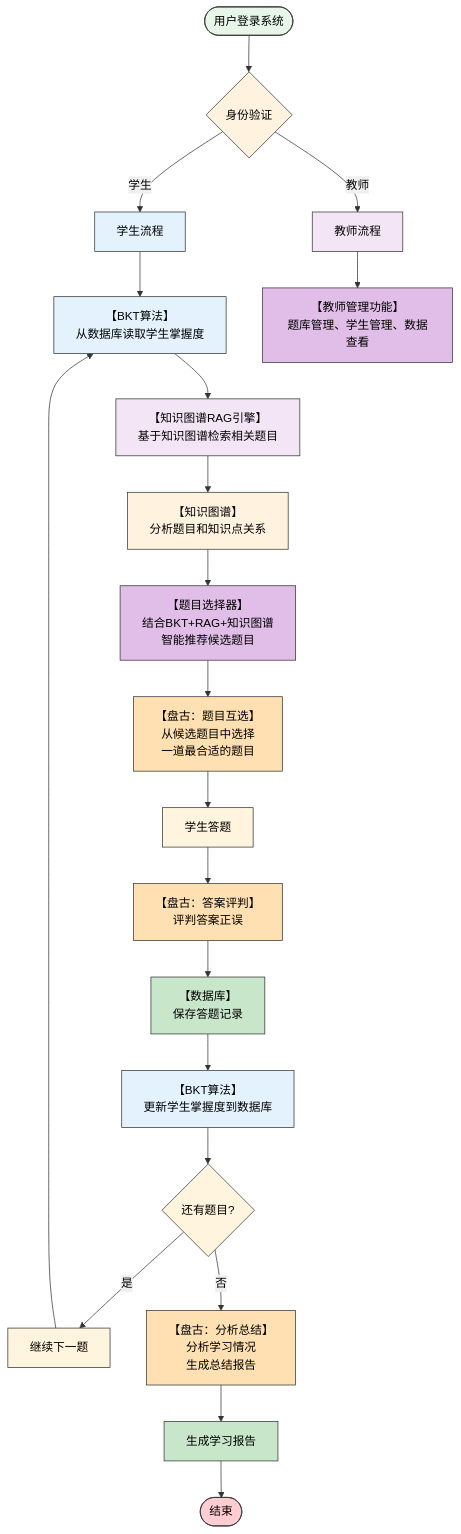
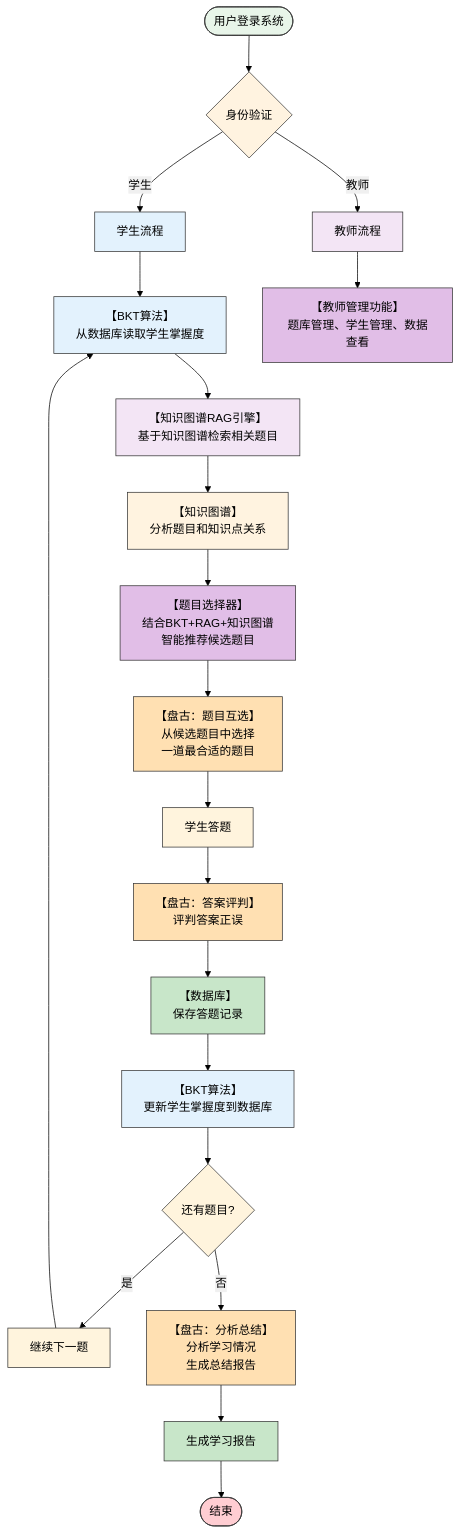
One commit to sribdcn/PersonalExam changed the second of 3 diagrams in README.md. Above: the diagram before and after it, drawn with Mermaid. The commit also changed other lines of this file, not shown here.

First line of the commit message:
style: 使用HTML div为mermaid图表添加白色背景

````diff
--- a/README.md
+++ b/README.md
@@ -135,42 +141,42 @@
 ```mermaid
-%%{init: {'theme':'base', 'themeVariables': {'background':'#ffffff', 'primaryBackgroundColor':'#ffffff', 'primaryTextColor':'#000000', 'primaryBorderColor':'#333333', 'lineColor':'#333333', 'secondaryColor':'#f0f0f0', 'tertiaryColor':'#ffffff', 'mainBkgColor':'#ffffff', 'secondBkgColor':'#f5f5f5', 'tertiaryBkgColor':'#ffffff'}}}%%
+%%{init: {'theme':'base', 'themeVariables': {'primaryBackgroundColor':'#ffffff', 'primaryTextColor':'#000000', 'primaryBorderColor':'#333333', 'lineColor':'#000000', 'secondaryColor':'#f0f0f0', 'tertiaryColor':'#ffffff', 'mainBkgColor':'#ffffff', 'secondBkgColor':'#f5f5f5', 'tertiaryBkgColor':'#ffffff'}}}%%
 flowchart TD
     Start([用户登录系统]) --> Auth{身份验证}
     Auth -->|学生| StudentFlow[学生流程]
     Auth -->|教师| TeacherFlow[教师流程]
     
     StudentFlow --> BKT1[【BKT算法】<br/>从数据库读取学生掌握度]
     BKT1 --> RAG[【知识图谱RAG引擎】<br/>基于知识图谱检索相关题目]
     RAG --> EntityExtract[【知识图谱】<br/>分析题目和知识点关系]
     EntityExtract --> Selector[【题目选择器】<br/>结合BKT+RAG+知识图谱<br/>智能推荐候选题目]
     Selector --> QuestionSelect[【盘古：题目互选】<br/>从候选题目中选择<br/>一道最合适的题目]
     QuestionSelect --> Answer[学生答题]
     Answer --> AnswerJudge[【盘古：答案评判】<br/>评判答案正误]
     AnswerJudge --> SaveDB[【数据库】<br/>保存答题记录]
     SaveDB --> BKT2[【BKT算法】<br/>更新学生掌握度到数据库]
     BKT2 --> Decision{还有题目?}
     Decision -->|是| Next[继续下一题]
     Decision -->|否| Analysis[【盘古：分析总结】<br/>分析学习情况<br/>生成总结报告]
     Next --> BKT1
     Analysis --> Report[生成学习报告]
     Report --> End([结束])
     
     TeacherFlow --> Manage[【教师管理功能】<br/>题库管理、学生管理、数据查看]
     
     style Start fill:#E8F5E9
     style Auth fill:#FFF3E0
     style StudentFlow fill:#E3F2FD
     style TeacherFlow fill:#F3E5F5
     style BKT1 fill:#E3F2FD
     style RAG fill:#F3E5F5
     style EntityExtract fill:#FFF3E0
     style Selector fill:#E1BEE7
     style QuestionSelect fill:#FFE0B2
     style AnswerJudge fill:#FFE0B2
     style SaveDB fill:#C8E6C9
     style BKT2 fill:#E3F2FD
     style Analysis fill:#FFE0B2
     style Report fill:#C8E6C9
     style End fill:#FFCDD2
     style Manage fill:#E1BEE7
 ```
````
